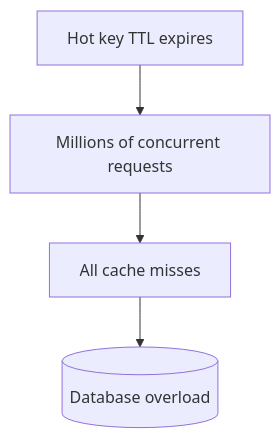
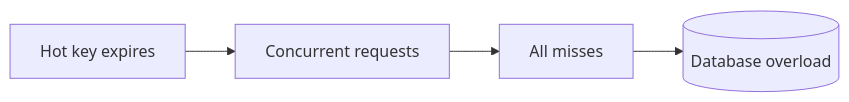
Diagram 19 of 21 in 03-caching/README.md (hareramcse/SystemDesign), drawn with Mermaid before and after one commit. The commit also changed other lines of this file, not shown here.

````diff
--- a/03-caching/README.md
+++ b/03-caching/README.md
@@ -668,6 +598,4 @@
 ```mermaid
-flowchart TB
-    Expire[Hot key TTL expires] --> Flood[Millions of concurrent requests]
-    Flood --> Miss[All cache misses]
-    Miss --> DB[(Database overload)]
+flowchart LR
+    Expire[Hot key expires] --> Flood[Concurrent requests] --> Miss[All misses] --> DB[(Database overload)]
 ```
````
